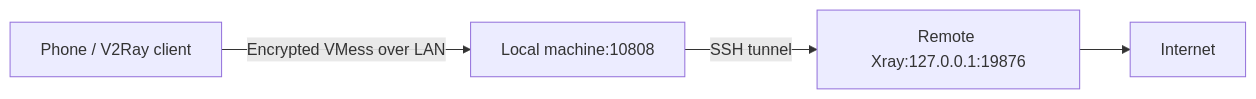
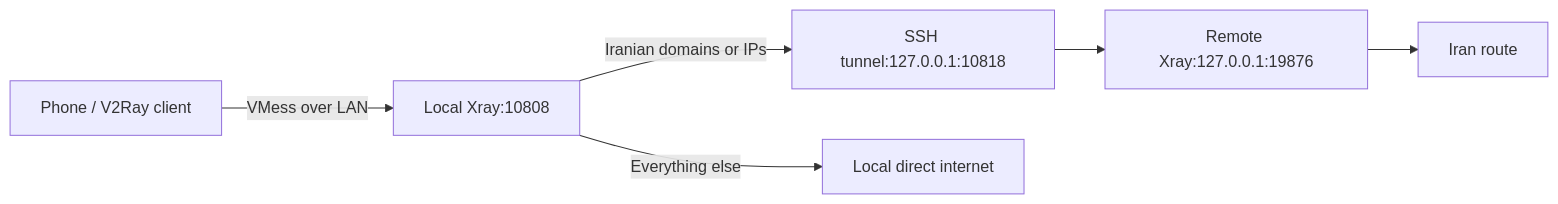
Before and after one commit to amir-h-rassafi/ssh2v2ray: the diagram in README.md, drawn with Mermaid. The commit also changed other lines of this file and 5 other files, not shown here.

Commit message:
Route Iranian traffic through SSH on the local Xray gateway

````diff
--- a/README.md
+++ b/README.md
@@ -5,6 +5,8 @@
 ```mermaid
 flowchart LR
-    A["Phone / V2Ray client"] -->|"Encrypted VMess over LAN"| B["Local machine:10808"]
-    B -->|"SSH tunnel"| C["Remote Xray:127.0.0.1:19876"]
-    C --> D["Internet"]
+    A["Phone / V2Ray client"] -->|"VMess over LAN"| B["Local Xray:10808"]
+    B -->|"Iranian domains or IPs"| C["SSH tunnel:127.0.0.1:10818"]
+    C --> D["Remote Xray:127.0.0.1:19876"]
+    D --> E["Iran route"]
+    B -->|"Everything else"| F["Local direct internet"]
 ```
````
